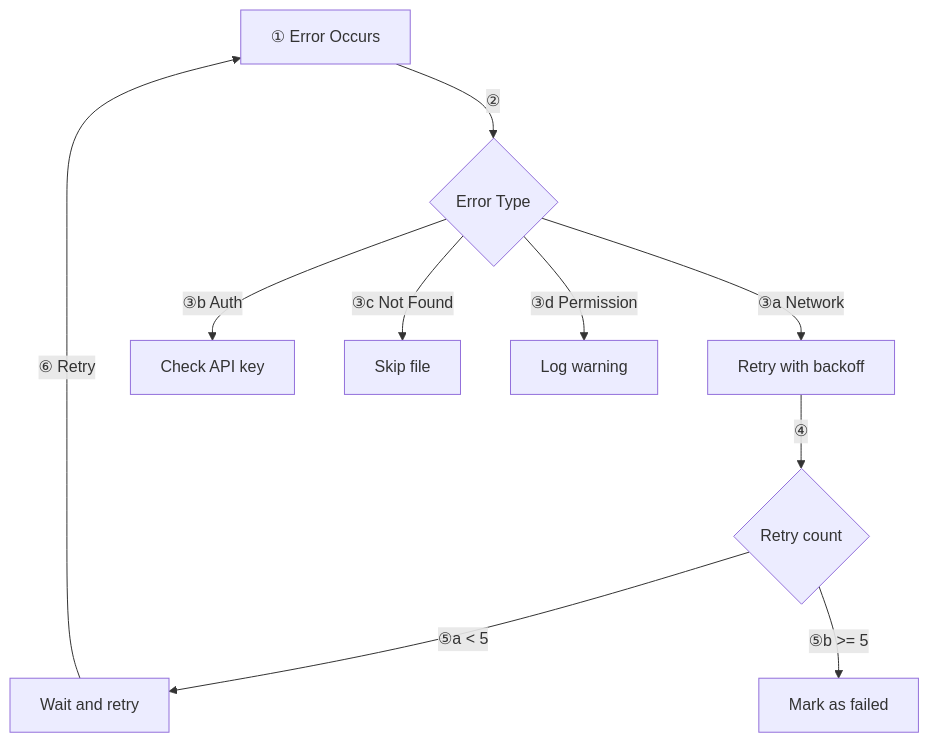
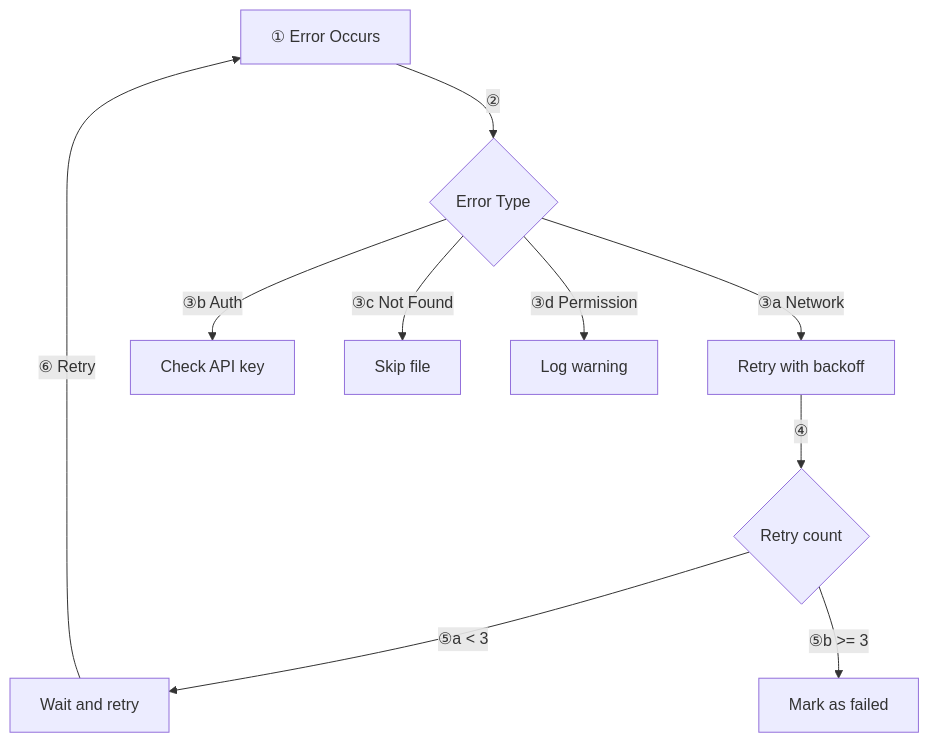
Before and after one commit to albertsdk/hsync-client: the second of 3 diagrams in docs/internal/developer.md, drawn with Mermaid. The commit also changed other lines of this file and 7 other files, not shown here.

````diff
--- a/docs/internal/developer.md
+++ b/docs/internal/developer.md
@@ -116,15 +116,15 @@
 ```mermaid
 flowchart TD
     E[① Error Occurs] -->|"②"| T{Error Type}
 
     T -->|"③a Network"| N[Retry with backoff]
     T -->|"③b Auth"| A[Check API key]
     T -->|"③c Not Found"| NF[Skip file]
     T -->|"③d Permission"| P[Log warning]
 
     N -->|"④"| R{Retry count}
-    R -->|"⑤a < 5"| W[Wait and retry]
-    R -->|"⑤b >= 5"| F[Mark as failed]
+    R -->|"⑤a < 3"| W[Wait and retry]
+    R -->|"⑤b >= 3"| F[Mark as failed]
 
     W -->|"⑥ Retry"| E
 ```
````
